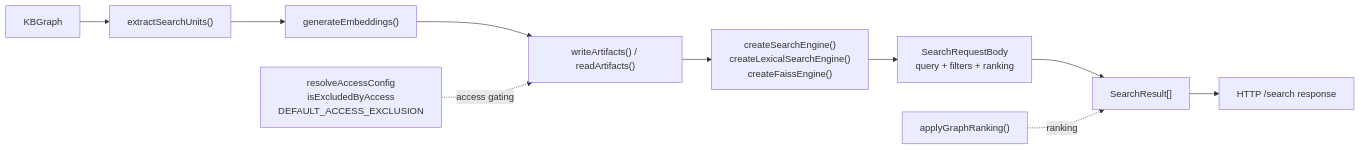
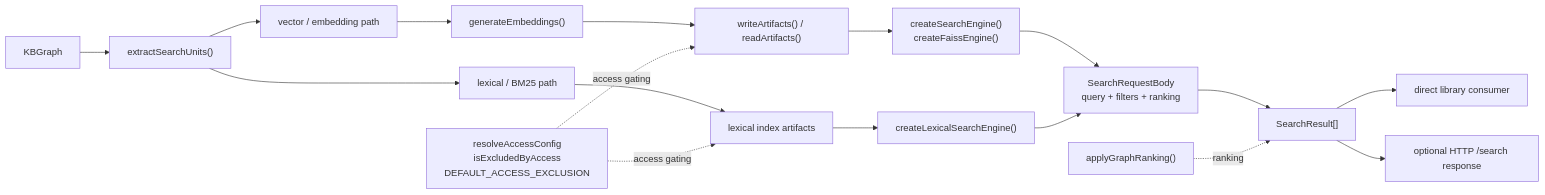
The fourth of 7 diagrams in docs/system-guide.md (anokye-labs/kbexplorer), drawn with Mermaid before and after one commit. The commit also changed other lines of this file and 1 other file, not shown here.

Commit message:
docs(system-guide): repair repo topology and search architecture

````diff
--- a/docs/system-guide.md
+++ b/docs/system-guide.md
@@ -220,13 +239,22 @@
 ```mermaid
 flowchart LR
   G["KBGraph"] --> U["extractSearchUnits()"]
-  U --> E["generateEmbeddings()"]
+  U --> V["vector / embedding path"]
+  U --> L["lexical / BM25 path"]
+
+  V --> E["generateEmbeddings()"]
   E --> A["writeArtifacts() / readArtifacts()"]
-  A --> S["createSearchEngine()\ncreateLexicalSearchEngine()\ncreateFaissEngine()"]
-  S --> Q["SearchRequestBody\nquery + filters + ranking"]
+  L --> I["lexical index artifacts"]
+
+  A --> S1["createSearchEngine()\ncreateFaissEngine()"]
+  I --> S2["createLexicalSearchEngine()"]
+  S1 --> Q["SearchRequestBody\nquery + filters + ranking"]
+  S2 --> Q
   Q --> R["SearchResult[]"]
-  R --> H["HTTP /search response"]
+  R --> C["direct library consumer"]
+  R --> H["optional HTTP /search response"]
 
   ACC["resolveAccessConfig\nisExcludedByAccess\nDEFAULT_ACCESS_EXCLUSION"] -. access gating .-> A
+  ACC -. access gating .-> I
   RANK["applyGraphRanking()"] -. ranking .-> R
 ```
````
